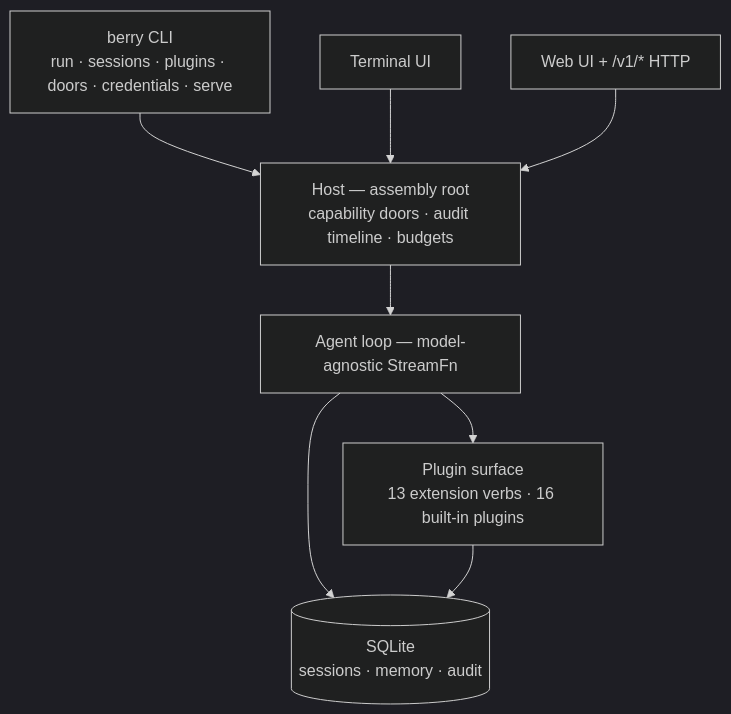
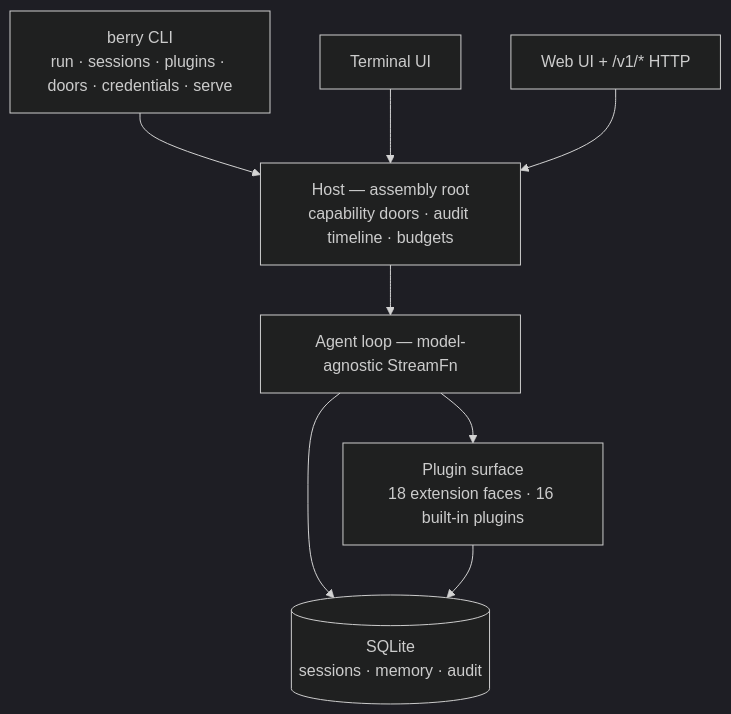
Before and after one commit to miuiadmin/berry-agent: the diagram in README.md, drawn with Mermaid (dark theme). The commit also changed 10 other files, not shown here.

First line of the commit message:
fix(docs): ctx 能力面表补交互/压缩策略两行 + check 半装配标注 + 六语 mermaid 18 扩展面 + 知识域死指全清（doc-1/2/4 + eng-1②/eng-4 + rl-1/rl-2）

````diff
--- a/README.md
+++ b/README.md
@@ -133,17 +133,17 @@
 ```mermaid
 graph TD
     CLI["berry CLI<br/>run · sessions · plugins · doors · credentials · serve"]
     TUI["Terminal UI"]
     WEB["Web UI + /v1/* HTTP"]
     HOST["Host — assembly root<br/>capability doors · audit timeline · budgets"]
     LOOP["Agent loop — model-agnostic StreamFn"]
-    PLUGINS["Plugin surface<br/>13 extension verbs · 16 built-in plugins"]
+    PLUGINS["Plugin surface<br/>18 extension faces · 16 built-in plugins"]
     STORE[("SQLite<br/>sessions · memory · audit")]
     CLI --> HOST
     TUI --> HOST
     WEB --> HOST
     HOST --> LOOP
     LOOP --> PLUGINS
     LOOP --> STORE
     PLUGINS --> STORE
 ```
````
